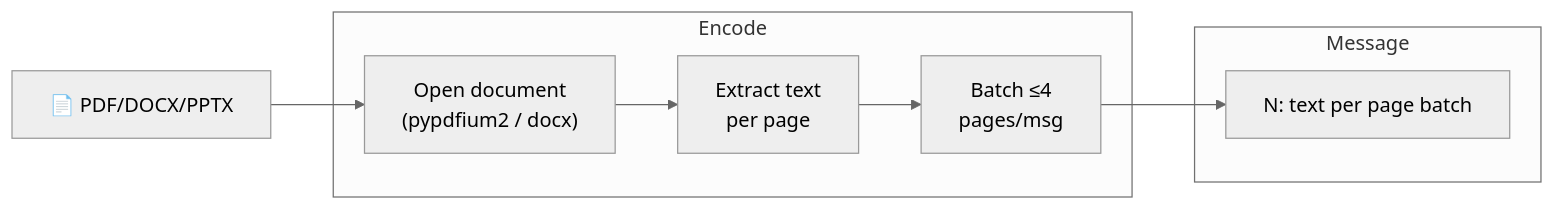
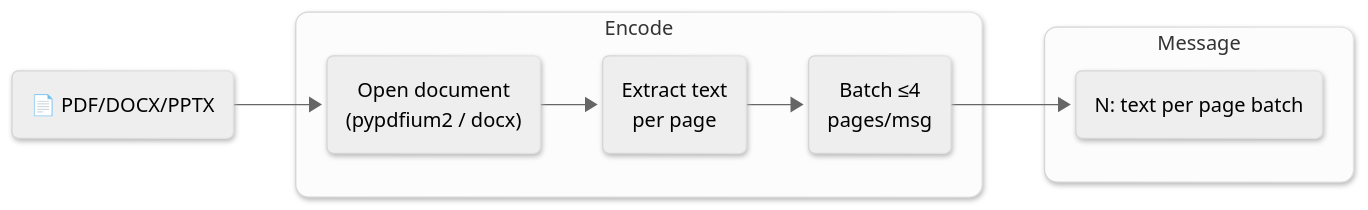
Diagram 13 of 17 in docs/ENCODERS.md (vlm-run/mm), drawn with Mermaid (neutral theme) before and after one commit. The commit also changed other lines of this file and 1 other file, not shown here.

````diff
--- a/docs/ENCODERS.md
+++ b/docs/ENCODERS.md
@@ -329,16 +366,19 @@
 ```mermaid
+%%{init: {'look': 'neo'} }%%
 graph LR
-  doc["📄 PDF/DOCX/PPTX"]
+  doc("📄 PDF/DOCX/PPTX")
 
   subgraph encode ["Encode"]
-    open["Open document\n(pypdfium2 / docx)"]
-    extract["Extract text\nper page"]
-    batch["Batch ≤4\npages/msg"]
+    open("Open document\n(pypdfium2 / docx)")
+    extract("Extract text\nper page")
+    batch("Batch ≤4\npages/msg")
   end
 
   subgraph message ["Message"]
-    msgs["N: text per page batch"]
+    msgs("N: text per page batch")
   end
 
   doc --> open --> extract --> batch --> msgs
+  style encode rx:10px,ry:10px
+  style message rx:10px,ry:10px
 ```
````
